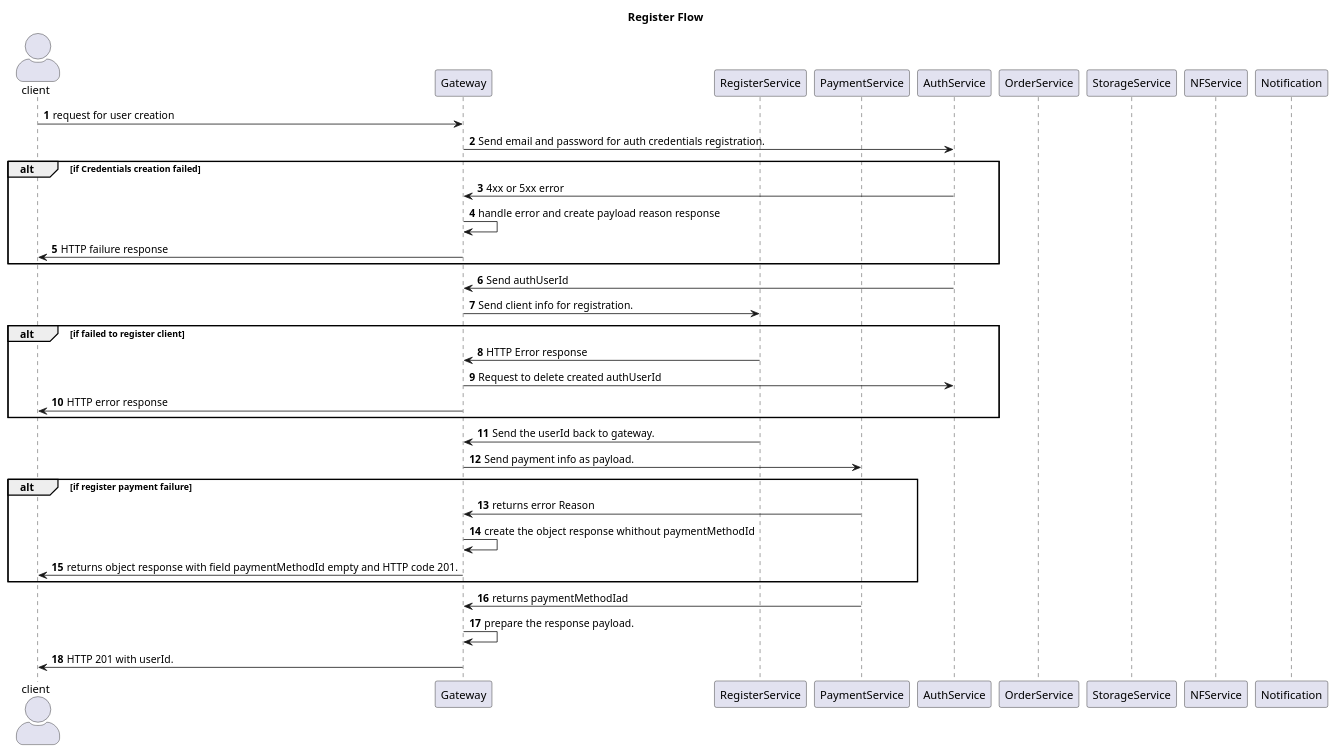
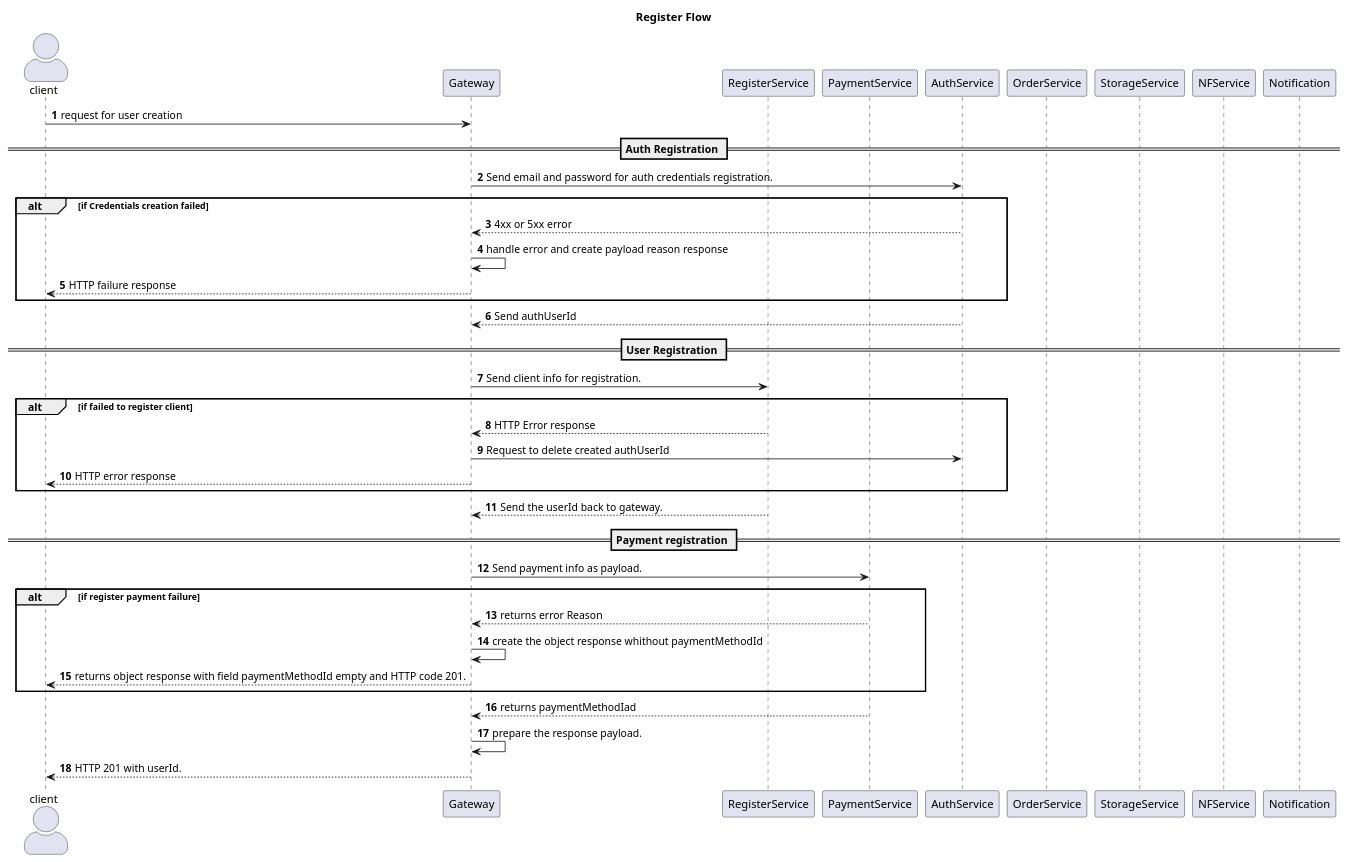
The diagram in sequence-diagrams/Register_flow.puml (Rodfc773/prevenir-docs), drawn with PlantUML before and after one commit. The commit also changed 5 other files, not shown here.

Commit message:
Adding more sequence diagrams.

```diff
--- a/sequence-diagrams/Register_flow.puml
+++ b/sequence-diagrams/Register_flow.puml
@@ -1,48 +1,54 @@
 @startuml
 title Register Flow
 skinparam actorStyle awesome
 actor client
 participant Gateway
 participant RegisterService
 participant PaymentService
 participant AuthService
 participant OrderService
 participant StorageService
 participant NFService
 participant Notification
 
 autonumber
 client -> Gateway: request for user creation
+
+== Auth Registration ==
 Gateway -> AuthService: Send email and password for auth credentials registration.
 
 alt if Credentials creation failed
 
-Gateway <- AuthService: 4xx or 5xx error
+Gateway <-- AuthService: 4xx or 5xx error
 Gateway-> Gateway: handle error and create payload reason response
-Gateway -> client: HTTP failure response
+Gateway --> client: HTTP failure response
 
 end
-Gateway <- AuthService: Send authUserId
+Gateway <-- AuthService: Send authUserId
+
+== User Registration ==
 Gateway -> RegisterService: Send client info for registration.
 
 
 alt if failed to register client
-RegisterService -> Gateway: HTTP Error response
+RegisterService --> Gateway: HTTP Error response
 Gateway -> AuthService: Request to delete created authUserId
-Gateway -> client: HTTP error response
+Gateway --> client: HTTP error response
 
 end
-Gateway <- RegisterService: Send the userId back to gateway.
+Gateway <-- RegisterService: Send the userId back to gateway.
+
+== Payment registration ==
 Gateway -> PaymentService: Send payment info as payload.
 
 alt if register payment failure
-PaymentService -> Gateway: returns error Reason
+PaymentService --> Gateway: returns error Reason
 Gateway -> Gateway: create the object response whithout paymentMethodId
-Gateway -> client: returns object response with field paymentMethodId empty and HTTP code 201.
+Gateway --> client: returns object response with field paymentMethodId empty and HTTP code 201.
 end
 
-PaymentService -> Gateway : returns paymentMethodIad
+PaymentService --> Gateway : returns paymentMethodIad
 Gateway -> Gateway: prepare the response payload.
-Gateway -> client: HTTP 201 with userId.
+Gateway --> client: HTTP 201 with userId.
 
 @enduml
```
